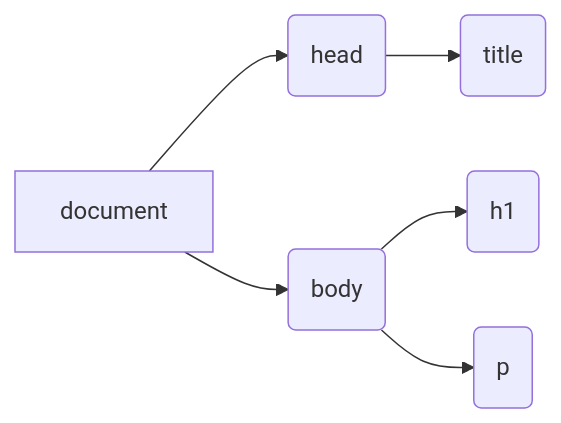
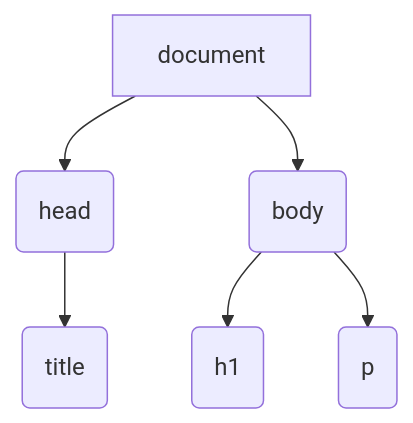
The diagram in README.md (rafaelrpq/f1), drawn with Mermaid before and after one commit.

````diff
--- a/README.md
+++ b/README.md
@@ -14,8 +14,8 @@
 ```mermaid
-    graph LR
+    graph TD
     doc[document] --> head(head)
     doc --> body(body)
     head --> title(title)
     body --> h1(h1)
     body --> p(p)
 ```
````
